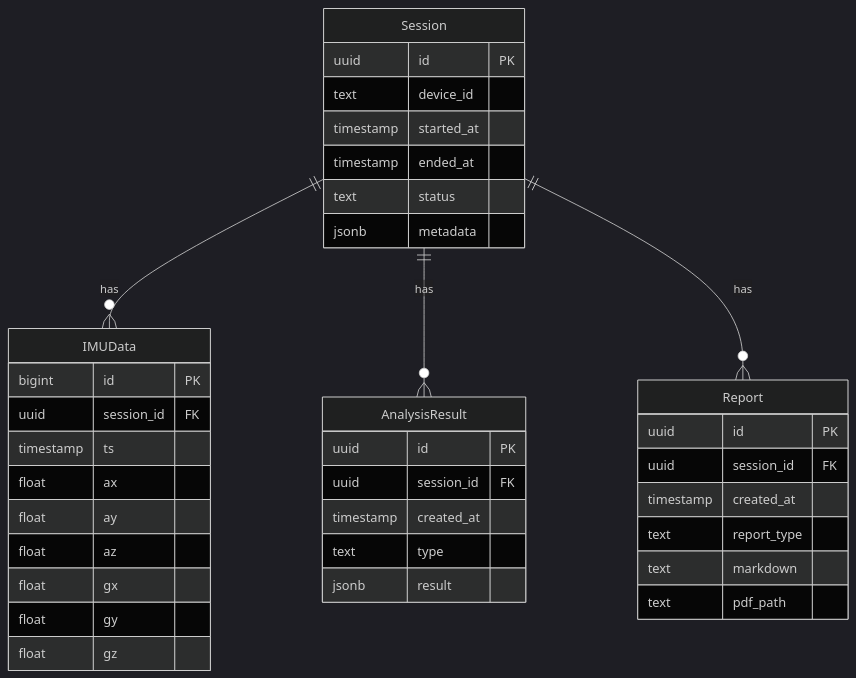
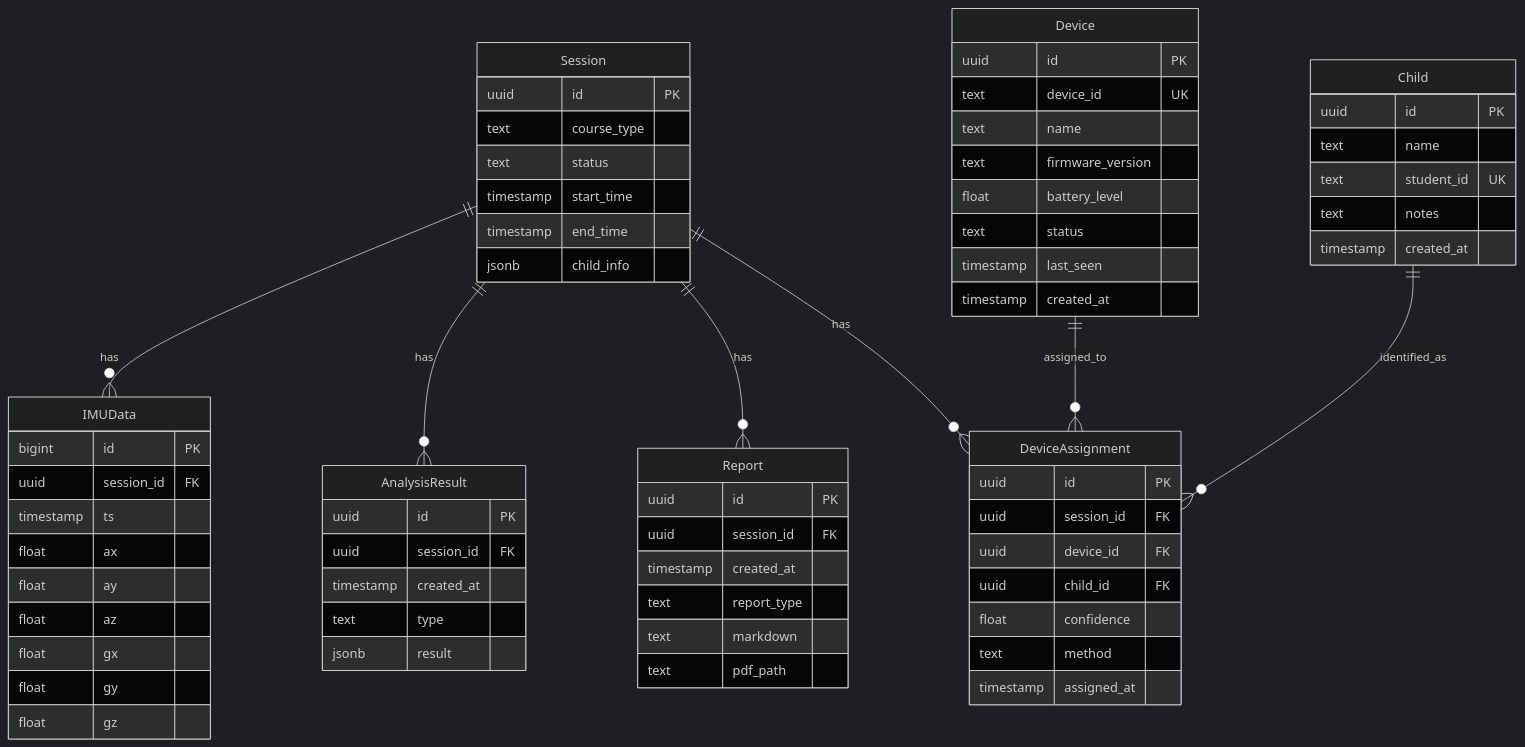
One commit to HMEAYC/NSTC changed the third of 5 diagrams in .opencode/plans/development-plan.md. Above: the diagram before and after it, drawn with Mermaid (dark theme). The commit also changed other lines of this file and 1 other file, not shown here.

First line of the commit message:
docs: update README and dev-plan with multi-person device management system

````diff
--- a/.opencode/plans/development-plan.md
+++ b/.opencode/plans/development-plan.md
@@ -655,44 +685,76 @@
 ```mermaid
 erDiagram
     Session {
         uuid id PK
-        text device_id
-        timestamp started_at
-        timestamp ended_at
+        text course_type
         text status
-        jsonb metadata
+        timestamp start_time
+        timestamp end_time
+        jsonb child_info
+    }
+
+    Device {
+        uuid id PK
+        text device_id UK
+        text name
+        text firmware_version
+        float battery_level
+        text status
+        timestamp last_seen
+        timestamp created_at
+    }
+
+    Child {
+        uuid id PK
+        text name
+        text student_id UK
+        text notes
+        timestamp created_at
+    }
+
+    DeviceAssignment {
+        uuid id PK
+        uuid session_id FK
+        uuid device_id FK
+        uuid child_id FK
+        float confidence
+        text method
+        timestamp assigned_at
     }
 
     IMUData {
         bigint id PK
         uuid session_id FK
         timestamp ts
         float ax
         float ay
         float az
         float gx
         float gy
         float gz
     }
 
     AnalysisResult {
         uuid id PK
         uuid session_id FK
         timestamp created_at
         text type
         jsonb result
     }
 
     Report {
         uuid id PK
         uuid session_id FK
         timestamp created_at
         text report_type
         text markdown
         text pdf_path
     }
 
     Session ||--o{ IMUData : has
     Session ||--o{ AnalysisResult : has
     Session ||--o{ Report : has
+    Session ||--o{ DeviceAssignment : has
+    Device ||--o{ DeviceAssignment : assigned_to
+    Child ||--o{ DeviceAssignment : identified_as
 ```
````
